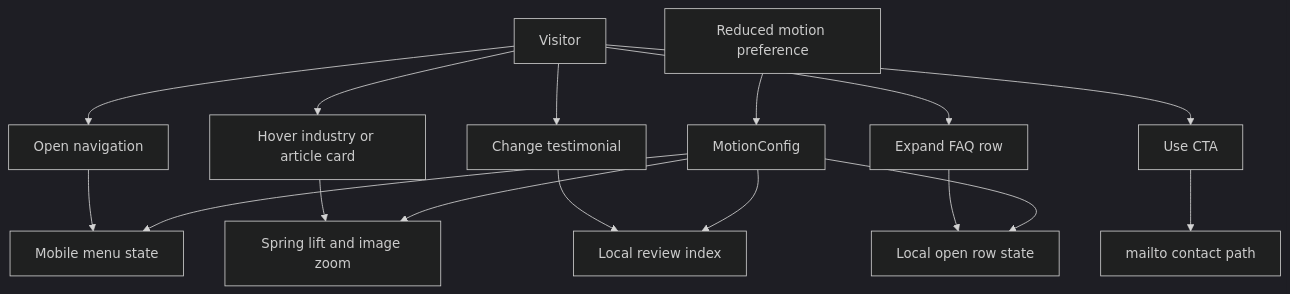
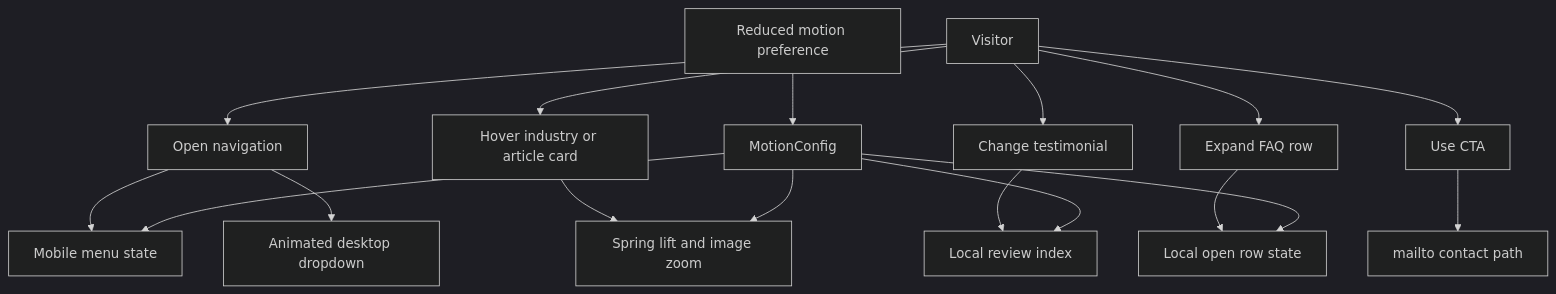
One commit to futurehelp/marketmymarket changed the third of 8 diagrams in README.md. Above: the diagram before and after it, drawn with Mermaid (dark theme). The commit also changed other lines of this file and 3 other files, not shown here.

````diff
--- a/README.md
+++ b/README.md
@@ -79,18 +79,19 @@
 ```mermaid
 flowchart TD
     Visitor[Visitor] --> Nav[Open navigation]
     Visitor --> Cards[Hover industry or article card]
     Visitor --> Reviews[Change testimonial]
     Visitor --> FAQ[Expand FAQ row]
     Visitor --> CTA[Use CTA]
     Nav --> Menu[Mobile menu state]
+    Nav --> Dropdown[Animated desktop dropdown]
     Cards --> Lift[Spring lift and image zoom]
     Reviews --> ReviewState[Local review index]
     FAQ --> FAQState[Local open row state]
     CTA --> Contact[mailto contact path]
     Preference[Reduced motion preference] --> Config[MotionConfig]
     Config --> Lift
     Config --> Menu
     Config --> ReviewState
     Config --> FAQState
 ```
````
